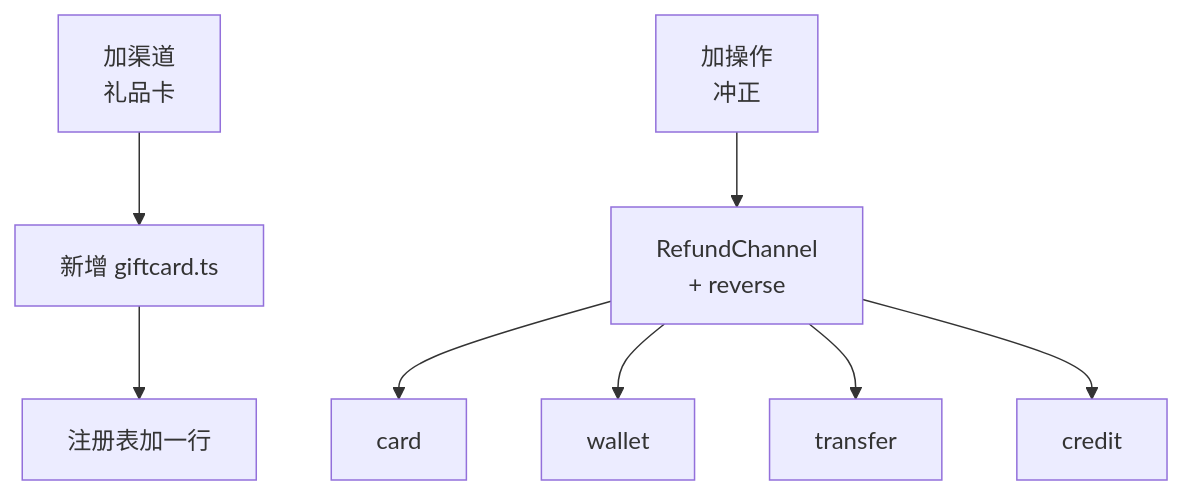
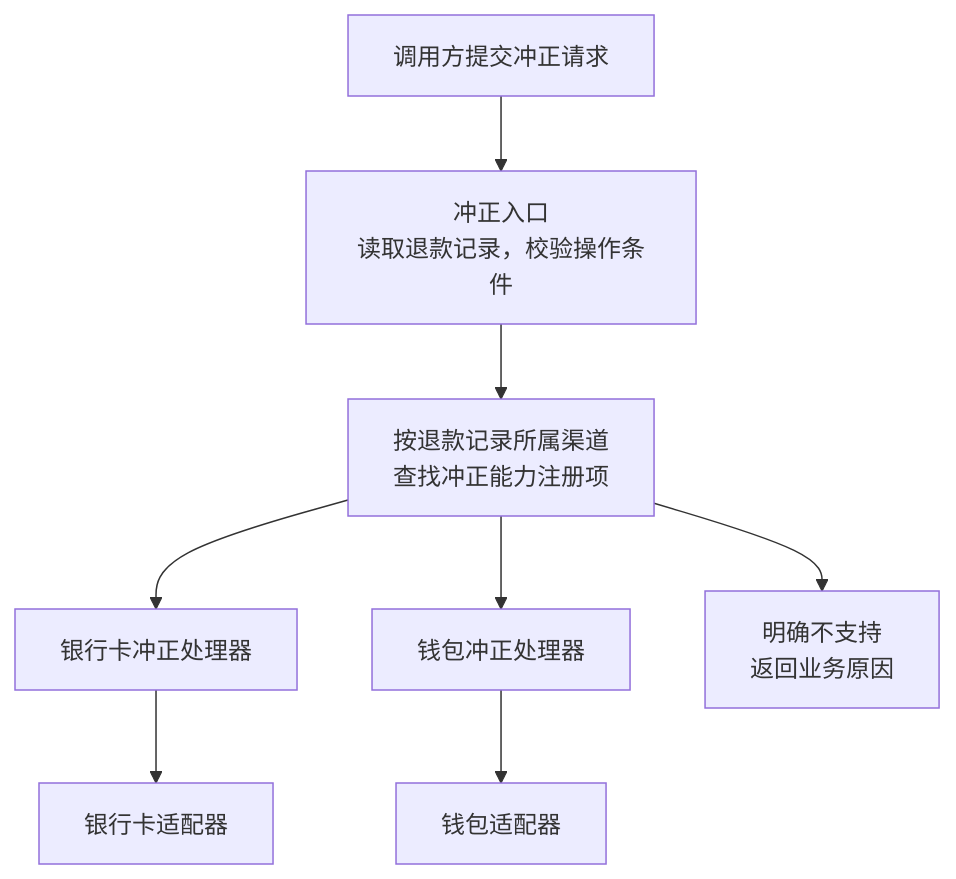
The second of 3 diagrams in src/content/notes/zh/open-closed-only-the-guessed-axis.md (ffzz/blog), drawn with Mermaid before and after one commit. The commit also changed other lines of this file and 3 other files, not shown here.

````diff
--- a/src/content/notes/zh/open-closed-only-the-guessed-axis.md
+++ b/src/content/notes/zh/open-closed-only-the-guessed-axis.md
@@ -85,10 +203,10 @@
 ```mermaid
-flowchart TB
-    A["加渠道<br/>礼品卡"] --> B["新增 giftcard.ts"]
-    B --> C["注册表加一行"]
-    D["加操作<br/>冲正"] --> E["RefundChannel<br/>+ reverse"]
-    E --> F["card"]
-    E --> G["wallet"]
-    E --> H["transfer"]
-    E --> I["credit"]
+flowchart TD
+    A["调用方提交冲正请求"] --> B["冲正入口<br/>读取退款记录，校验操作条件"]
+    B --> C["按退款记录所属渠道<br/>查找冲正能力注册项"]
+    C --> D["银行卡冲正处理器"]
+    C --> E["钱包冲正处理器"]
+    C --> F["明确不支持<br/>返回业务原因"]
+    D --> G["银行卡适配器"]
+    E --> H["钱包适配器"]
 ```
````
